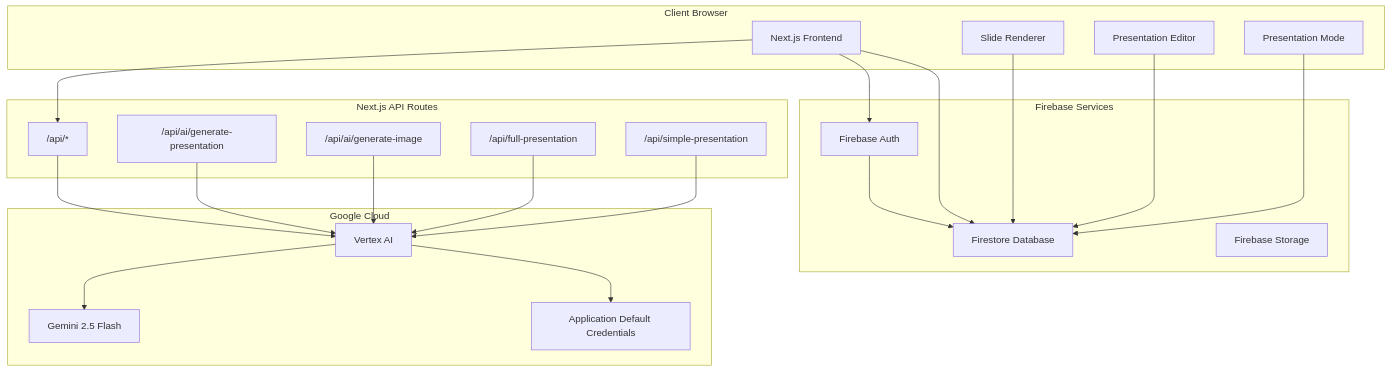
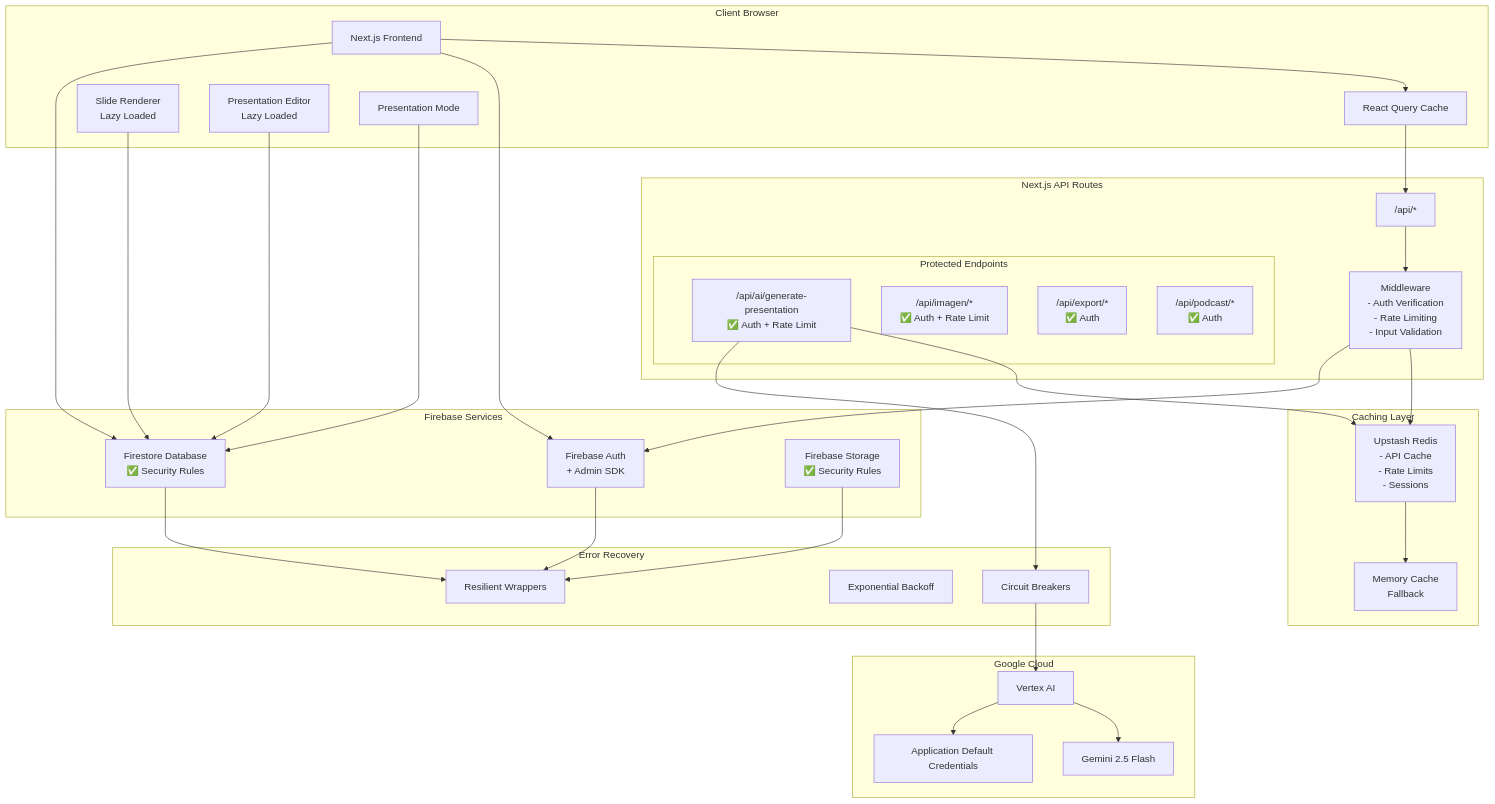
One commit to welshofer/phoenix-web changed the first of 11 diagrams in MERMAID.md. Above: the diagram before and after it, drawn with Mermaid. The commit also changed other lines of this file and 57 other files, not shown here.

````diff
--- a/MERMAID.md
+++ b/MERMAID.md
@@ -5,48 +5,69 @@
 ```mermaid
 graph TB
     subgraph "Client Browser"
         UI[Next.js Frontend]
-        SR[Slide Renderer]
-        ED[Presentation Editor]
+        RQ[React Query Cache]
+        SR[Slide Renderer<br/>Lazy Loaded]
+        ED[Presentation Editor<br/>Lazy Loaded]
         PM[Presentation Mode]
     end
     
     subgraph "Next.js API Routes"
         API["/api/*"]
-        AGP["/api/ai/generate-presentation"]
-        AIG["/api/ai/generate-image"]
-        FP["/api/full-presentation"]
-        SP["/api/simple-presentation"]
+        subgraph "Protected Endpoints"
+            AGP["/api/ai/generate-presentation<br/>✅ Auth + Rate Limit"]
+            AIG["/api/imagen/*<br/>✅ Auth + Rate Limit"]
+            EXP["/api/export/*<br/>✅ Auth"]
+            POD["/api/podcast/*<br/>✅ Auth"]
+        end
+        MW[Middleware<br/>- Auth Verification<br/>- Rate Limiting<br/>- Input Validation]
+    end
+    
+    subgraph "Caching Layer"
+        REDIS[Upstash Redis<br/>- API Cache<br/>- Rate Limits<br/>- Sessions]
+        MEM[Memory Cache<br/>Fallback]
     end
     
     subgraph "Firebase Services"
-        AUTH[Firebase Auth]
-        FS[Firestore Database]
-        ST[Firebase Storage]
+        AUTH[Firebase Auth<br/>+ Admin SDK]
+        FS[Firestore Database<br/>✅ Security Rules]
+        ST[Firebase Storage<br/>✅ Security Rules]
     end
     
     subgraph "Google Cloud"
         VAI[Vertex AI]
         GEM[Gemini 2.5 Flash]
         ADC[Application Default Credentials]
     end
     
-    UI --> API
+    subgraph "Error Recovery"
+        CB[Circuit Breakers]
+        EXB[Exponential Backoff]
+        RES[Resilient Wrappers]
+    end
+    
+    UI --> RQ
+    RQ --> API
     UI --> AUTH
     UI --> FS
     
-    API --> VAI
+    API --> MW
+    MW --> REDIS
+    MW --> AUTH
+    
+    AGP --> REDIS
+    AGP --> CB
+    CB --> VAI
     VAI --> GEM
     VAI --> ADC
-    
-    AGP --> VAI
-    AIG --> VAI
-    FP --> VAI
-    SP --> VAI
     
     ED --> FS
     PM --> FS
     SR --> FS
     
-    AUTH --> FS
+    FS --> RES
+    ST --> RES
+    AUTH --> RES
+    
+    REDIS --> MEM
 ```
````
